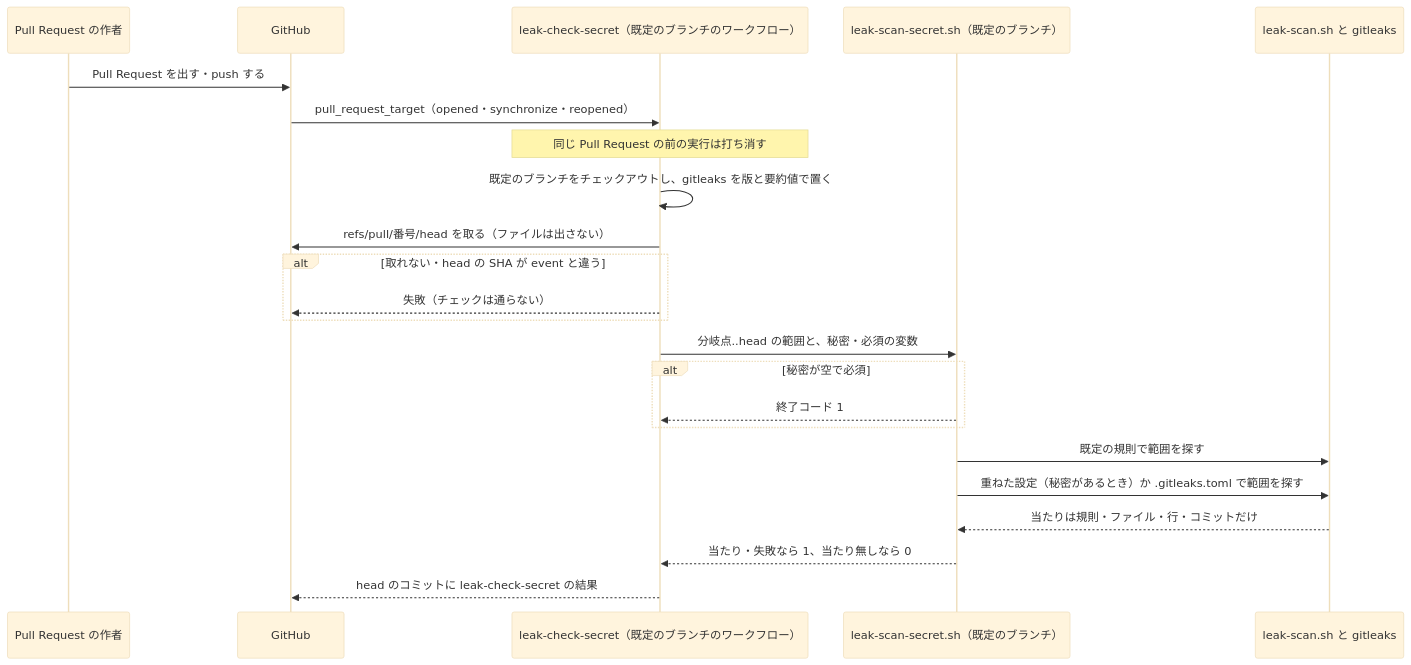
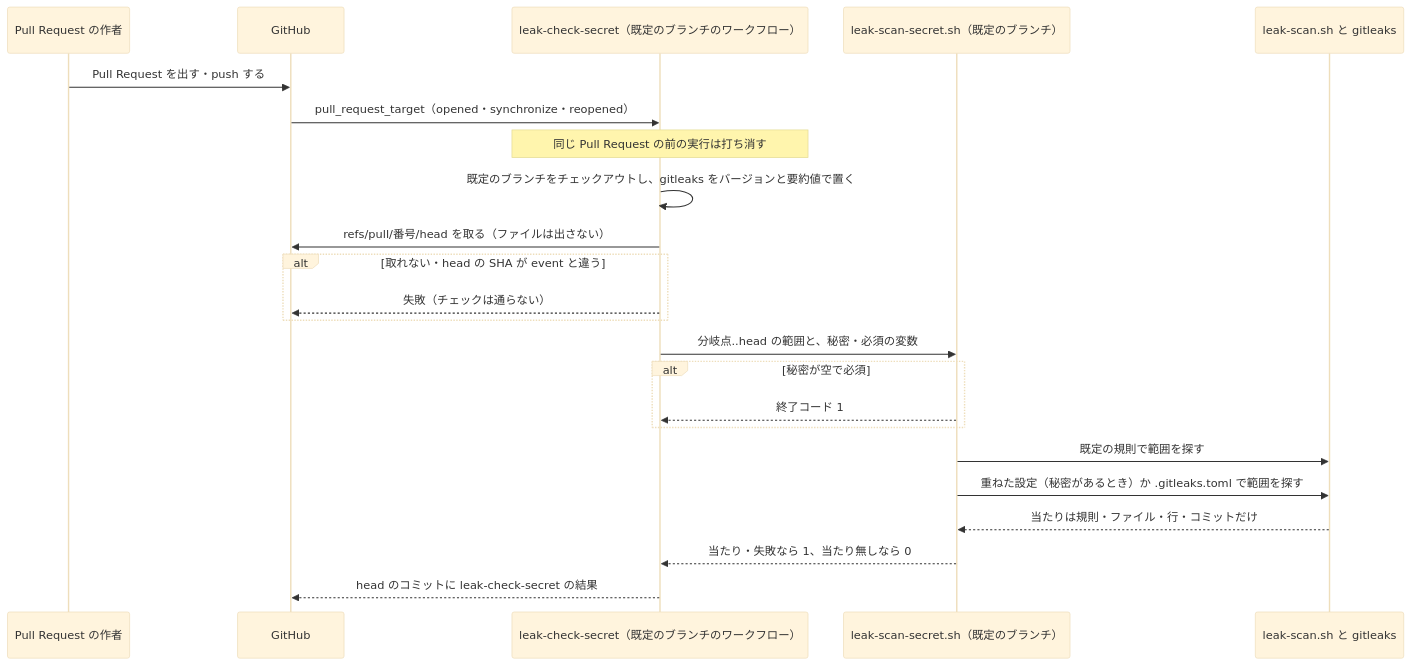
Before and after one commit to devbasex/nd-factory: the fourth of 4 diagrams in issues/issue-96-101-design.md, drawn with Mermaid (base theme). The commit also changed other lines of this file, not shown here.

````diff
--- a/issues/issue-96-101-design.md
+++ b/issues/issue-96-101-design.md
@@ -127,25 +127,25 @@
 ```mermaid
 sequenceDiagram
     participant A as Pull Request の作者
     participant G as GitHub
     participant J as leak-check-secret（既定のブランチのワークフロー）
     participant S as leak-scan-secret.sh（既定のブランチ）
     participant L as leak-scan.sh と gitleaks
     A->>G: Pull Request を出す・push する
     G->>J: pull_request_target（opened・synchronize・reopened）
     Note over J: 同じ Pull Request の前の実行は打ち消す
-    J->>J: 既定のブランチをチェックアウトし、gitleaks を版と要約値で置く
+    J->>J: 既定のブランチをチェックアウトし、gitleaks をバージョンと要約値で置く
     J->>G: refs/pull/番号/head を取る（ファイルは出さない）
     alt 取れない・head の SHA が event と違う
         J-->>G: 失敗（チェックは通らない）
     end
     J->>S: 分岐点..head の範囲と、秘密・必須の変数
     alt 秘密が空で必須
         S-->>J: 終了コード 1
     end
     S->>L: 既定の規則で範囲を探す
     S->>L: 重ねた設定（秘密があるとき）か .gitleaks.toml で範囲を探す
     L-->>S: 当たりは規則・ファイル・行・コミットだけ
     S-->>J: 当たり・失敗なら 1、当たり無しなら 0
     J-->>G: head のコミットに leak-check-secret の結果
 ```
````
